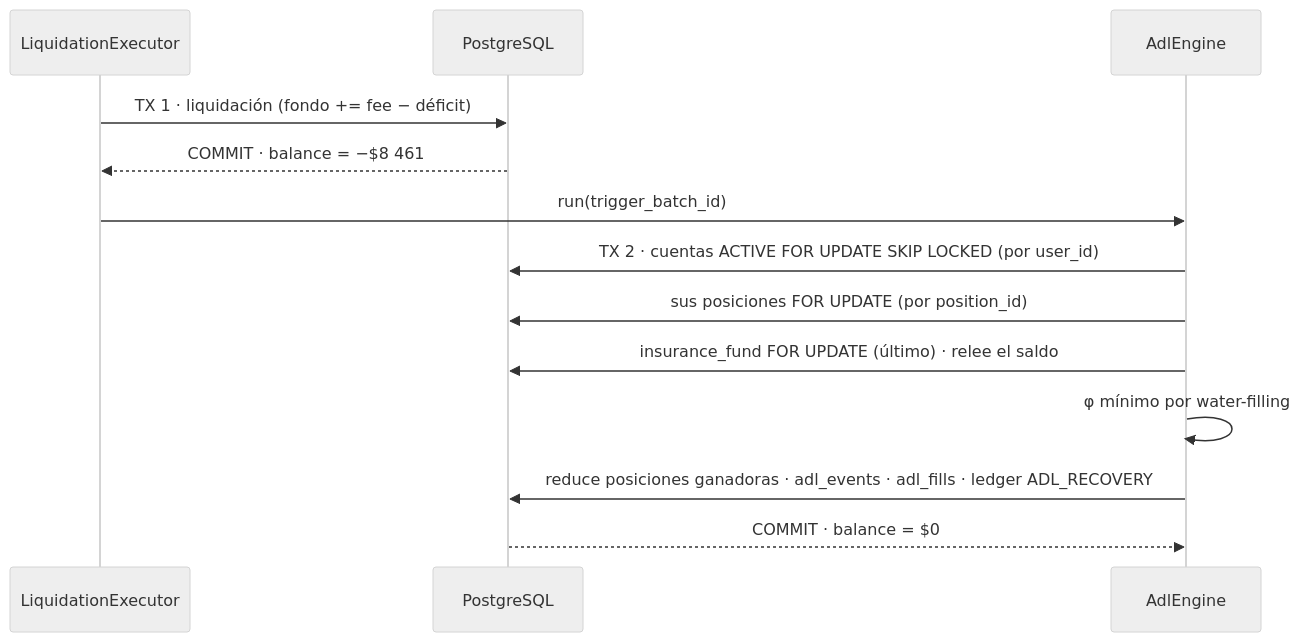
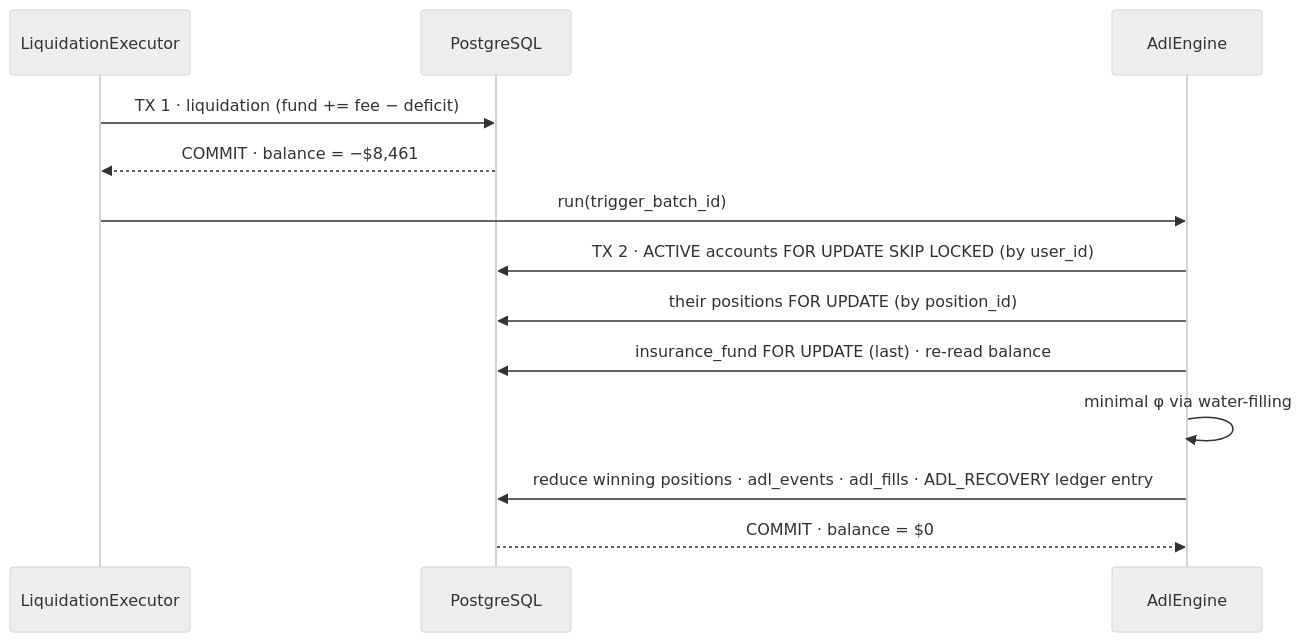
Before and after one commit to Carlossmartins1/ai_quant_risk_engine: the second of 2 diagrams in README.md, drawn with Mermaid (neutral theme). The commit also changed other lines of this file, not shown here.

````diff
--- a/README.md
+++ b/README.md
@@ -128,15 +128,15 @@
 ```mermaid
 sequenceDiagram
     participant R as LiquidationExecutor
     participant DB as PostgreSQL
     participant A as AdlEngine
-    R->>DB: TX 1 · liquidación (fondo += fee − déficit)
-    DB-->>R: COMMIT · balance = −$8 461
+    R->>DB: TX 1 · liquidation (fund += fee − deficit)
+    DB-->>R: COMMIT · balance = −$8,461
     R->>A: run(trigger_batch_id)
-    A->>DB: TX 2 · cuentas ACTIVE FOR UPDATE SKIP LOCKED (por user_id)
-    A->>DB: sus posiciones FOR UPDATE (por position_id)
-    A->>DB: insurance_fund FOR UPDATE (último) · relee el saldo
-    A->>A: φ mínimo por water-filling
-    A->>DB: reduce posiciones ganadoras · adl_events · adl_fills · ledger ADL_RECOVERY
+    A->>DB: TX 2 · ACTIVE accounts FOR UPDATE SKIP LOCKED (by user_id)
+    A->>DB: their positions FOR UPDATE (by position_id)
+    A->>DB: insurance_fund FOR UPDATE (last) · re-read balance
+    A->>A: minimal φ via water-filling
+    A->>DB: reduce winning positions · adl_events · adl_fills · ADL_RECOVERY ledger entry
     DB-->>A: COMMIT · balance = $0
 ```
````
